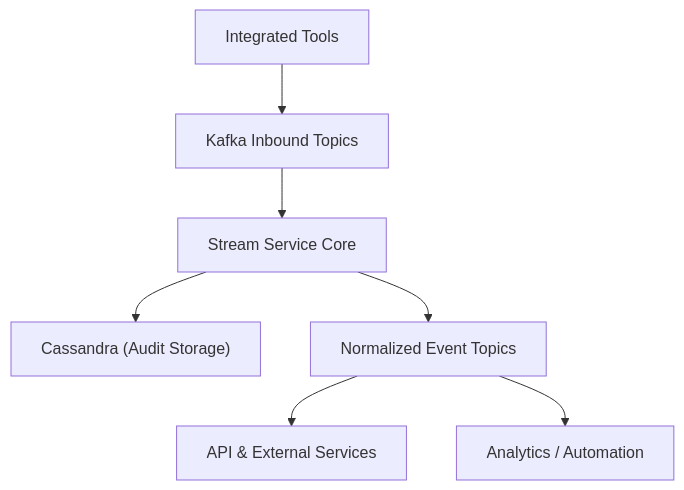
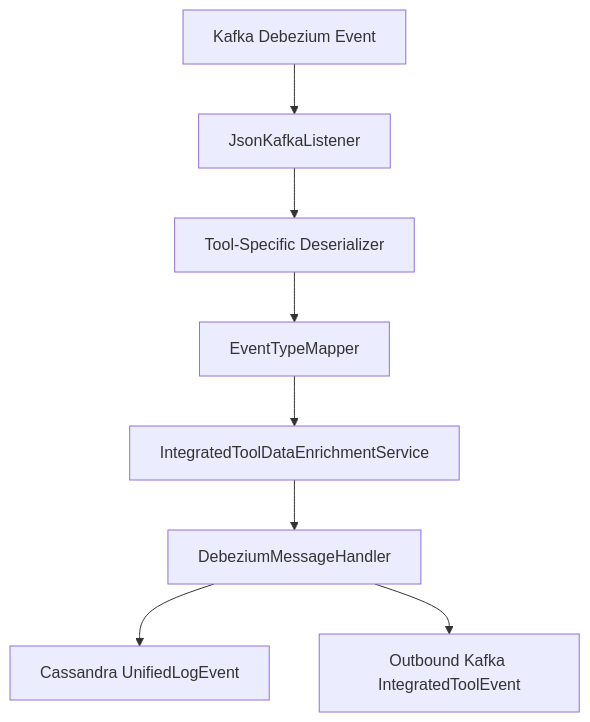
One commit to Praesto-Pro/openframe-oss-tenant changed the sixth of 6 diagrams in docs/architecture/stream-service-core/stream-service-core.md. Above: the diagram before and after it, drawn with Mermaid. The commit also changed other lines of this file and 214 other files, not shown here.

````diff
--- a/docs/architecture/stream-service-core/stream-service-core.md
+++ b/docs/architecture/stream-service-core/stream-service-core.md
@@ -300,9 +328,10 @@
 ```mermaid
-flowchart TB
-    Tools["Integrated Tools"] --> KafkaInbound["Kafka Inbound Topics"]
-    KafkaInbound --> StreamCore["Stream Service Core"]
-    StreamCore --> Cassandra["Cassandra (Audit Storage)"]
-    StreamCore --> KafkaOutbound["Normalized Event Topics"]
-    KafkaOutbound --> ApiLayer["API & External Services"]
-    KafkaOutbound --> Analytics["Analytics / Automation"]
+flowchart TD
+    A["Kafka Debezium Event"] --> B["JsonKafkaListener"]
+    B --> C["Tool-Specific Deserializer"]
+    C --> D["EventTypeMapper"]
+    D --> E["IntegratedToolDataEnrichmentService"]
+    E --> F["DebeziumMessageHandler"]
+    F --> G1["Cassandra UnifiedLogEvent"]
+    F --> G2["Outbound Kafka IntegratedToolEvent"]
 ```
````
